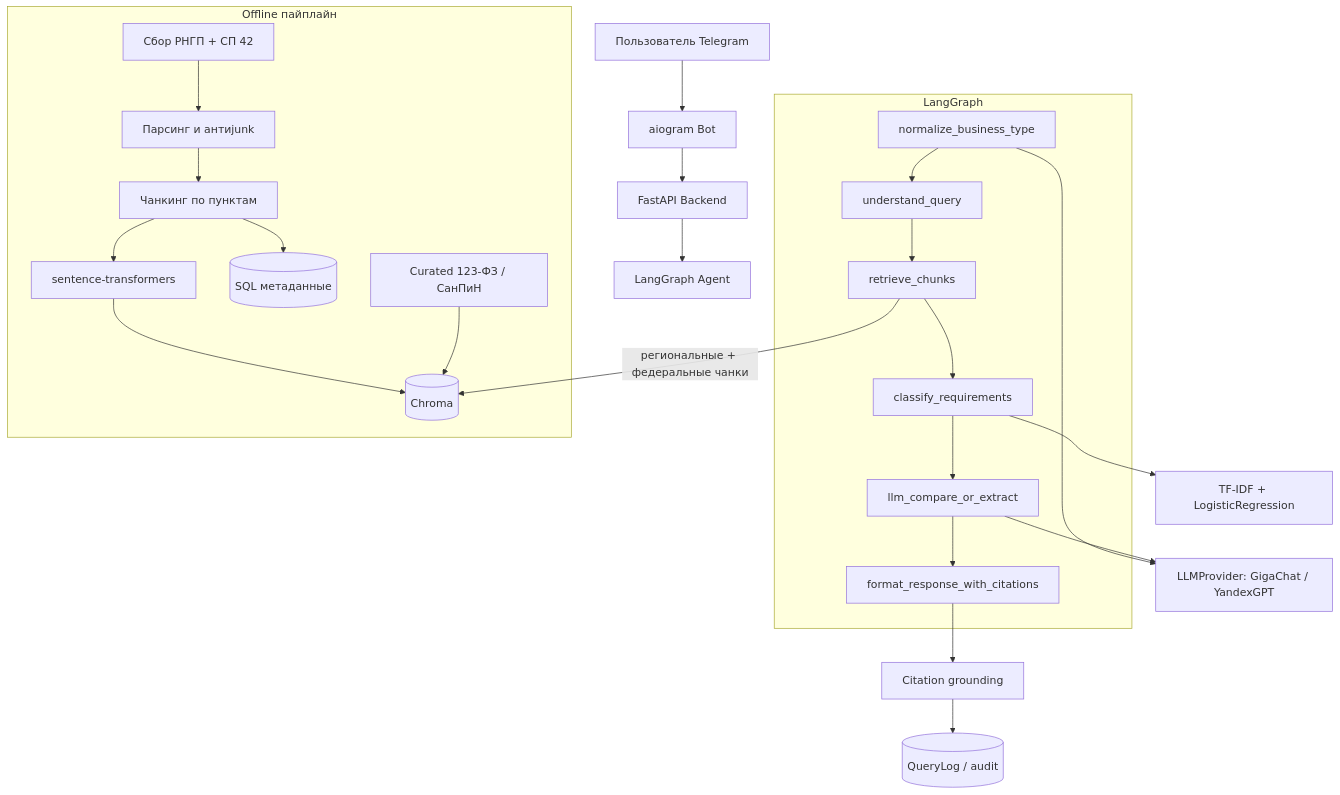
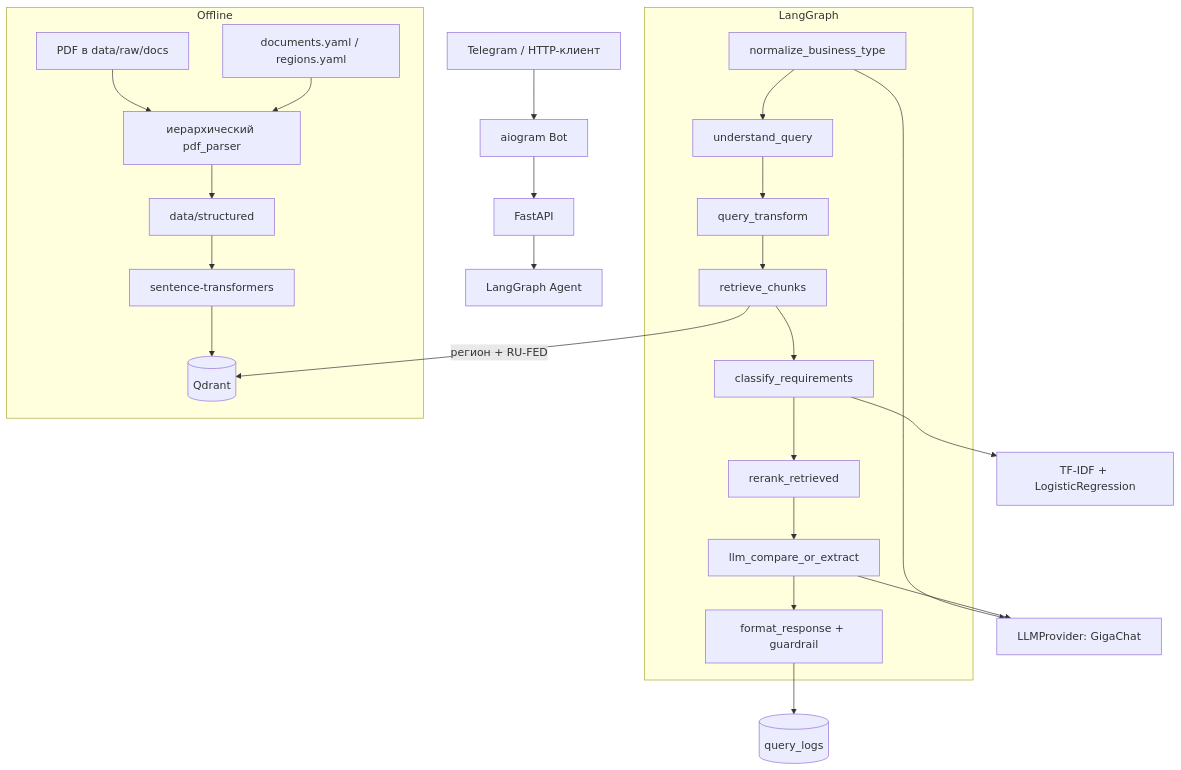
One commit to NikitaMok/RegioBuild changed the diagram in docs/ARCHITECTURE.md. Above: the diagram before and after it, drawn with Mermaid. The commit also changed other lines of this file and 13 other files, not shown here.

````diff
--- a/docs/ARCHITECTURE.md
+++ b/docs/ARCHITECTURE.md
@@ -8,30 +8,30 @@
 ```mermaid
 flowchart TD
-    User[Пользователь Telegram] --> Bot[aiogram Bot]
-    Bot --> API[FastAPI Backend]
+    User[Telegram / HTTP-клиент] --> Bot[aiogram Bot]
+    Bot --> API[FastAPI]
     API --> Agent[LangGraph Agent]
 
     subgraph AgentFlow [LangGraph]
         N0[normalize_business_type] --> N1[understand_query]
-        N1 --> N2[retrieve_chunks]
-        N2 --> N3[classify_requirements]
-        N3 --> N4[llm_compare_or_extract]
-        N4 --> N5[format_response_with_citations]
+        N1 --> N2[query_transform]
+        N2 --> N3[retrieve_chunks]
+        N3 --> N4[classify_requirements]
+        N4 --> N5[rerank_retrieved]
+        N5 --> N6[llm_compare_or_extract]
+        N6 --> N7[format_response + guardrail]
     end
 
-    N0 --> LLMProvider["LLMProvider: GigaChat / YandexGPT"]
-    N2 -- "региональные + федеральные чанки" --> VectorDB[(Chroma)]
-    N3 --> Classifier["TF-IDF + LogisticRegression"]
-    N4 --> LLMProvider
-    N5 --> Grounding[Citation grounding]
-    Grounding --> QueryLog[(QueryLog / audit)]
+    N0 --> LLM["LLMProvider: GigaChat"]
+    N3 -- "регион + RU-FED" --> VectorDB[(Qdrant)]
+    N4 --> Classifier["TF-IDF + LogisticRegression"]
+    N6 --> LLM
+    N7 --> QueryLog[(query_logs)]
 
-    subgraph Ingestion [Offline пайплайн]
-        Scrape[Сбор РНГП + СП 42] --> Parse[Парсинг и антиjunk]
-        Parse --> Chunk[Чанкинг по пунктам]
-        Chunk --> Embed[sentence-transformers]
+    subgraph Ingestion [Offline]
+        PDF[PDF в data/raw/docs] --> Parse[иерархический pdf_parser]
+        Parse --> Structured[data/structured]
+        Structured --> Embed[sentence-transformers]
         Embed --> VectorDB
-        Chunk --> MetaDB[(SQL метаданные)]
-        Curated[Curated 123-ФЗ / СанПиН] --> VectorDB
+        Manifest[documents.yaml / regions.yaml] --> Parse
     end
 ```
````
